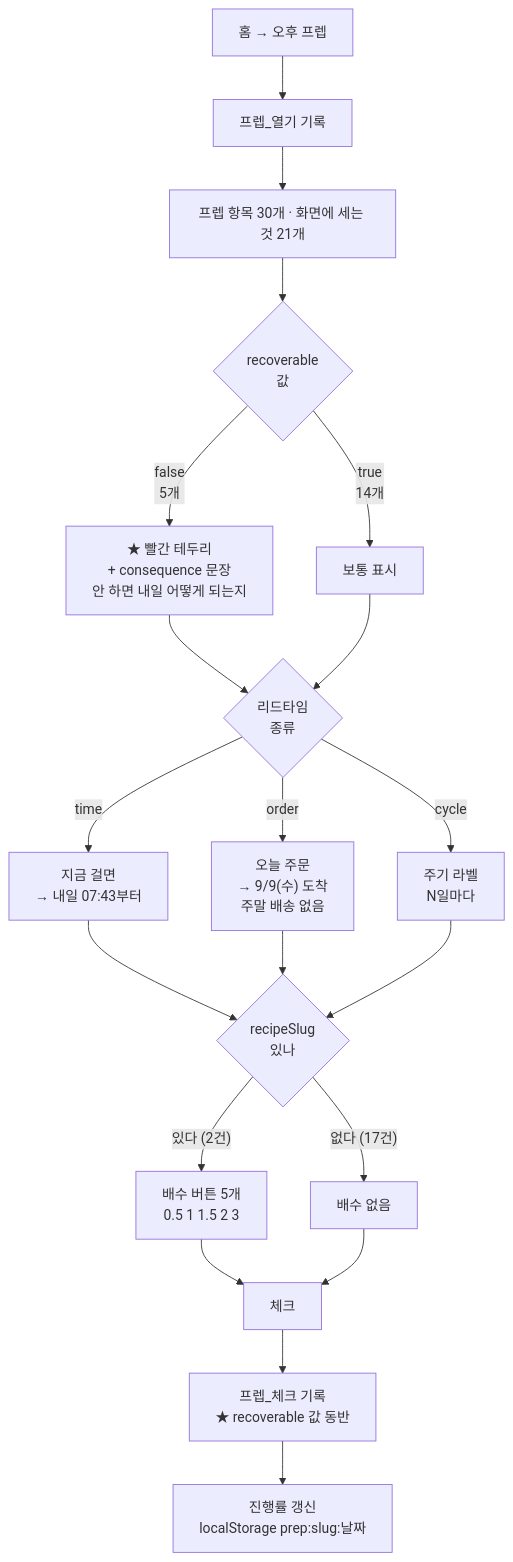
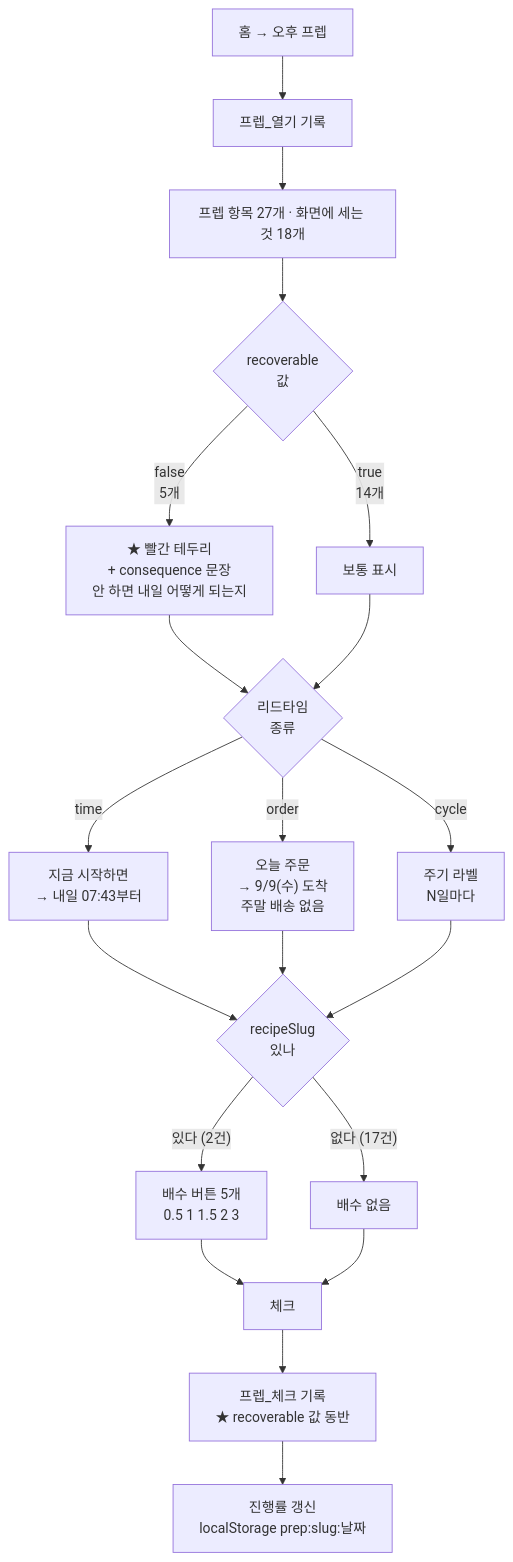
Before and after one commit to JJ0829/store-note: the third of 7 diagrams in docs/deliverables/14_사용자흐름도.md, drawn with Mermaid. The commit also changed other lines of this file and 31 other files, not shown here.

````diff
--- a/docs/deliverables/14_사용자흐름도.md
+++ b/docs/deliverables/14_사용자흐름도.md
@@ -93,25 +93,25 @@
 ```mermaid
 flowchart TB
   A["홈 → 오후 프렙"] --> B["프렙_열기 기록"]
-  B --> C["프렙 항목 30개 · 화면에 세는 것 21개"]
+  B --> C["프렙 항목 27개 · 화면에 세는 것 18개"]
   C --> D{"recoverable<br/>값"}
   D -->|"false<br/>5개"| E["★ 빨간 테두리<br/>+ consequence 문장<br/>안 하면 내일 어떻게 되는지"]
   D -->|"true<br/>14개"| F["보통 표시"]
 
   E --> G{"리드타임<br/>종류"}
   F --> G
-  G -->|"time"| H["지금 걸면<br/>→ 내일 07:43부터"]
+  G -->|"time"| H["지금 시작하면<br/>→ 내일 07:43부터"]
   G -->|"order"| I["오늘 주문<br/>→ 9/9(수) 도착<br/>주말 배송 없음"]
   G -->|"cycle"| J["주기 라벨<br/>N일마다"]
 
   H --> K{"recipeSlug<br/>있나"}
   I --> K
   J --> K
   K -->|"있다 (2건)"| L["배수 버튼 5개<br/>0.5 1 1.5 2 3"]
   K -->|"없다 (17건)"| M["배수 없음"]
 
   L --> N["체크"]
   M --> N
   N --> O["프렙_체크 기록<br/>★ recoverable 값 동반"]
   O --> P["진행률 갱신<br/>localStorage prep:slug:날짜"]
 ```
````
